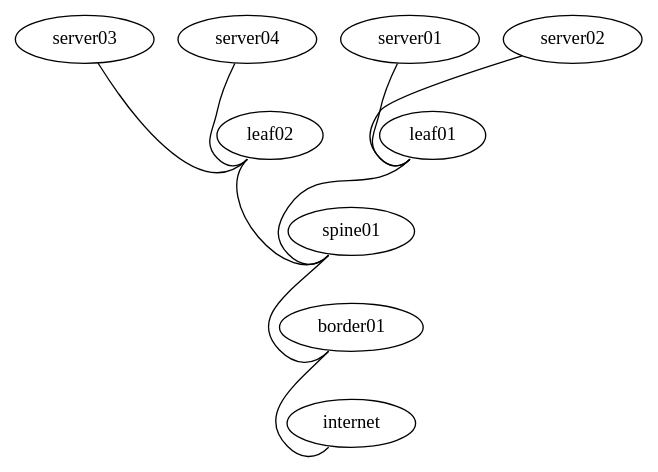
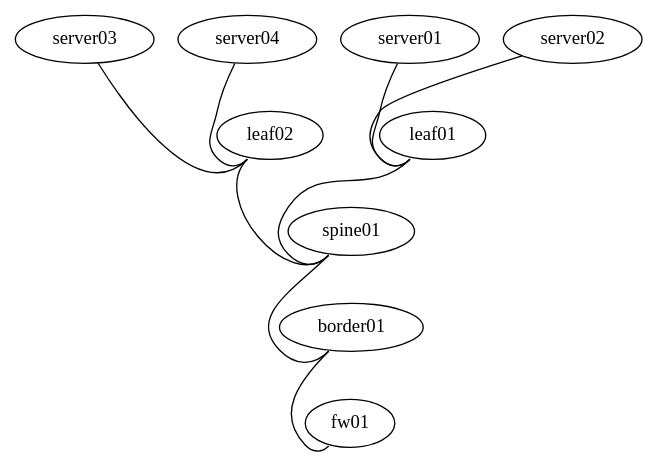
One commit to chronot1995/cumulus-its-centralized changed the diagram in vx-vbox-simulation/cumulus-its-centralized.dot. Above: the diagram before and after it, drawn with Graphviz. The commit also changed 15 other files, not shown here.

```diff
--- a/vx-vbox-simulation/cumulus-its-centralized.dot
+++ b/vx-vbox-simulation/cumulus-its-centralized.dot
@@ -1,21 +1,21 @@
 graph training {
  "leaf01" [function="leaf" os="CumulusCommunity/cumulus-vx" version="3.7.11" memory="1024" config="./helper_scripts/extra_switch_config.sh" mgmt_ip="192.168.200.1"]
  "leaf02" [function="leaf" os="CumulusCommunity/cumulus-vx" version="3.7.11" memory="1024" config="./helper_scripts/extra_switch_config.sh" mgmt_ip="192.168.200.2"]
  "spine01" [function="leaf" os="CumulusCommunity/cumulus-vx" version="3.7.11" memory="1024" config="./helper_scripts/extra_switch_config.sh" mgmt_ip="192.168.200.3"]
  "border01" [function="leaf" os="CumulusCommunity/cumulus-vx" version="3.7.11" memory="1024" config="./helper_scripts/extra_switch_config.sh" mgmt_ip="192.168.200.4"]
- "internet" [function="leaf" os="CumulusCommunity/cumulus-vx" version="3.7.11" memory="1024" config="./helper_scripts/extra_switch_config.sh" mgmt_ip="192.168.200.5"]
+ "fw01" [function="leaf" os="CumulusCommunity/cumulus-vx" version="3.7.11" memory="1024" config="./helper_scripts/extra_switch_config.sh" mgmt_ip="192.168.200.5"]
  "server01" [function="host" os="generic/debian10" memory="768" config="./helper_scripts/extra_server_config.sh" mgmt_ip="192.168.200.11"]
  "server02" [function="host" os="generic/debian10" memory="768" config="./helper_scripts/extra_server_config.sh" mgmt_ip="192.168.200.12"]
  "server03" [function="host" os="generic/debian10" memory="768" config="./helper_scripts/extra_server_config.sh" mgmt_ip="192.168.200.13"]
  "server04" [function="host" os="generic/debian10" memory="768" config="./helper_scripts/extra_server_config.sh" mgmt_ip="192.168.200.14"]
 
  "leaf01":"swp1" -- "spine01":"swp1"
  "leaf02":"swp1" -- "spine01":"swp2"
  "spine01":"swp3" -- "border01":"swp3"
- "border01":"swp1" -- "internet":"swp1"
+ "border01":"swp1" -- "fw01":"swp1"
  "server01":"eth1" -- "leaf01":"swp10"
  "server02":"eth1" -- "leaf01":"swp11"
  "server03":"eth1" -- "leaf02":"swp10"
  "server04":"eth1" -- "leaf02":"swp11"
 
  }
```
